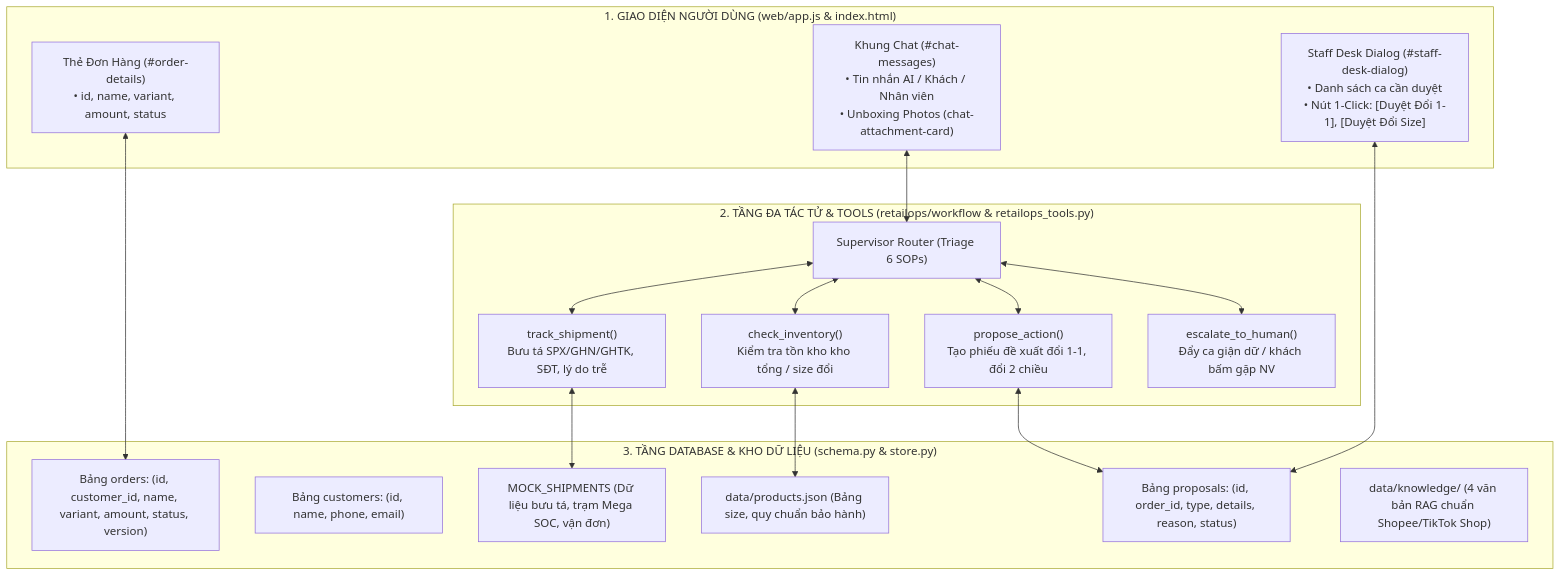
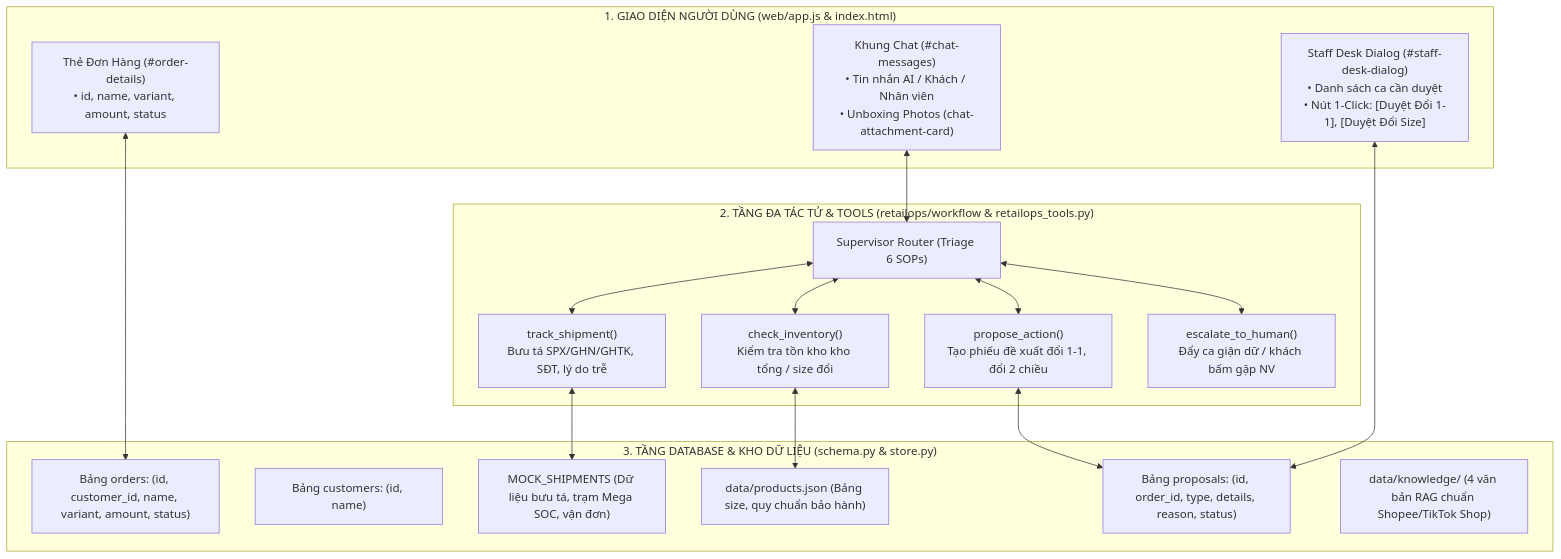
One commit to tuteemovaixlong/CSKH_ban_le changed the diagram in docs/PLAN_ECOMMERCE_OPS_COPILOT.md. Above: the diagram before and after it, drawn with Mermaid. The commit also changed other lines of this file and 22 other files, not shown here.

````diff
--- a/docs/PLAN_ECOMMERCE_OPS_COPILOT.md
+++ b/docs/PLAN_ECOMMERCE_OPS_COPILOT.md
@@ -32,33 +32,33 @@
 ```mermaid
 flowchart TD
     subgraph UI["1. GIAO DIỆN NGƯỜI DÙNG (web/app.js & index.html)"]
         UI_Order["Thẻ Đơn Hàng (#order-details)<br/>• id, name, variant, amount, status"]
         UI_Chat["Khung Chat (#chat-messages)<br/>• Tin nhắn AI / Khách / Nhân viên<br/>• Unboxing Photos (chat-attachment-card)"]
         UI_Staff["Staff Desk Dialog (#staff-desk-dialog)<br/>• Danh sách ca cần duyệt<br/>• Nút 1-Click: [Duyệt Đổi 1-1], [Duyệt Đổi Size]"]
     end
 
     subgraph AgentLayer["2. TẦNG ĐA TÁC TỬ & TOOLS (retailops/workflow & retailops_tools.py)"]
         Supervisor["Supervisor Router (Triage 6 SOPs)"]
         T_Track["track_shipment()<br/>Bưu tá SPX/GHN/GHTK, SĐT, lý do trễ"]
         T_Stock["check_inventory()<br/>Kiểm tra tồn kho kho tổng / size đổi"]
         T_Prop["propose_action()<br/>Tạo phiếu đề xuất đổi 1-1, đổi 2 chiều"]
         T_Esc["escalate_to_human()<br/>Đẩy ca giận dữ / khách bấm gặp NV"]
     end
 
     subgraph DBLayer["3. TẦNG DATABASE & KHO DỮ LIỆU (schema.py & store.py)"]
-        DB_Orders["Bảng orders: (id, customer_id, name, variant, amount, status, version)"]
-        DB_Cust["Bảng customers: (id, name, phone, email)"]
+        DB_Orders["Bảng orders: (id, customer_id, name, variant, amount, status)"]
+        DB_Cust["Bảng customers: (id, name)"]
         DB_Prop["Bảng proposals: (id, order_id, type, details, reason, status)"]
         Data_Ship["MOCK_SHIPMENTS (Dữ liệu bưu tá, trạm Mega SOC, vận đơn)"]
         Data_Prod["data/products.json (Bảng size, quy chuẩn bảo hành)"]
         Data_RAG["data/knowledge/ (4 văn bản RAG chuẩn Shopee/TikTok Shop)"]
     end
 
     UI_Order <--> DB_Orders
     UI_Chat <--> Supervisor
     Supervisor <--> T_Track & T_Stock & T_Prop & T_Esc
     T_Track <--> Data_Ship
     T_Stock <--> Data_Prod
     T_Prop <--> DB_Prop
     UI_Staff <--> DB_Prop
 ```
````
